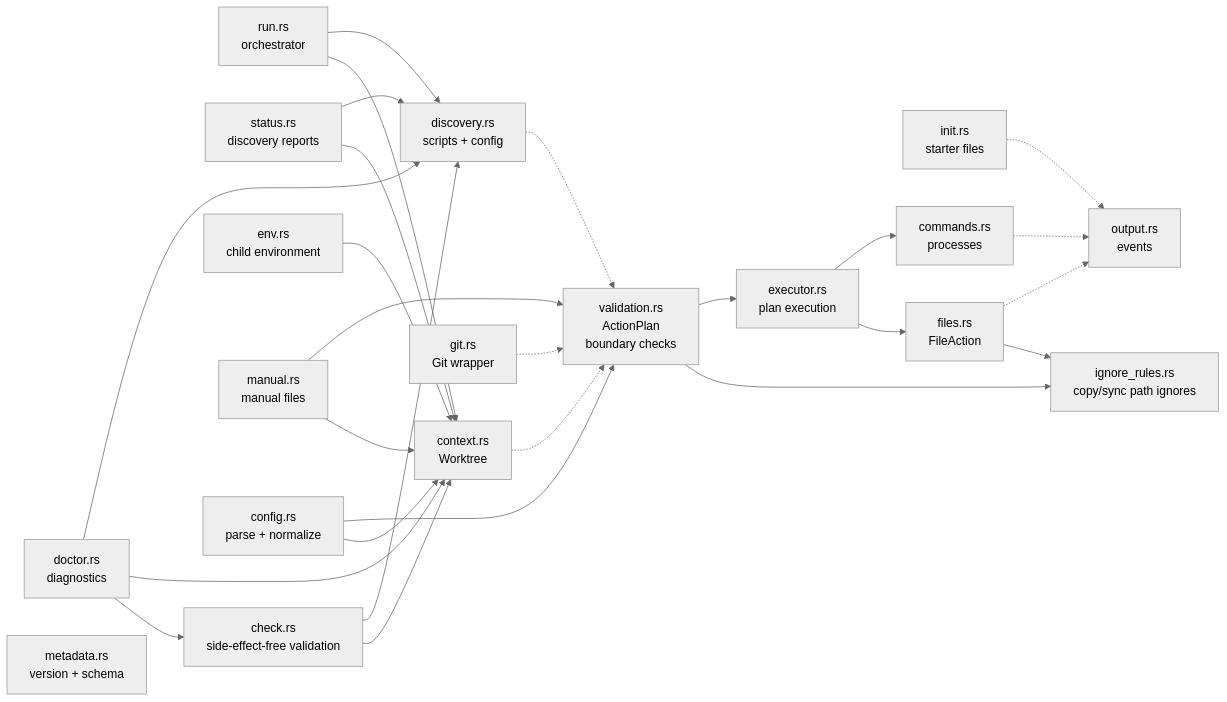
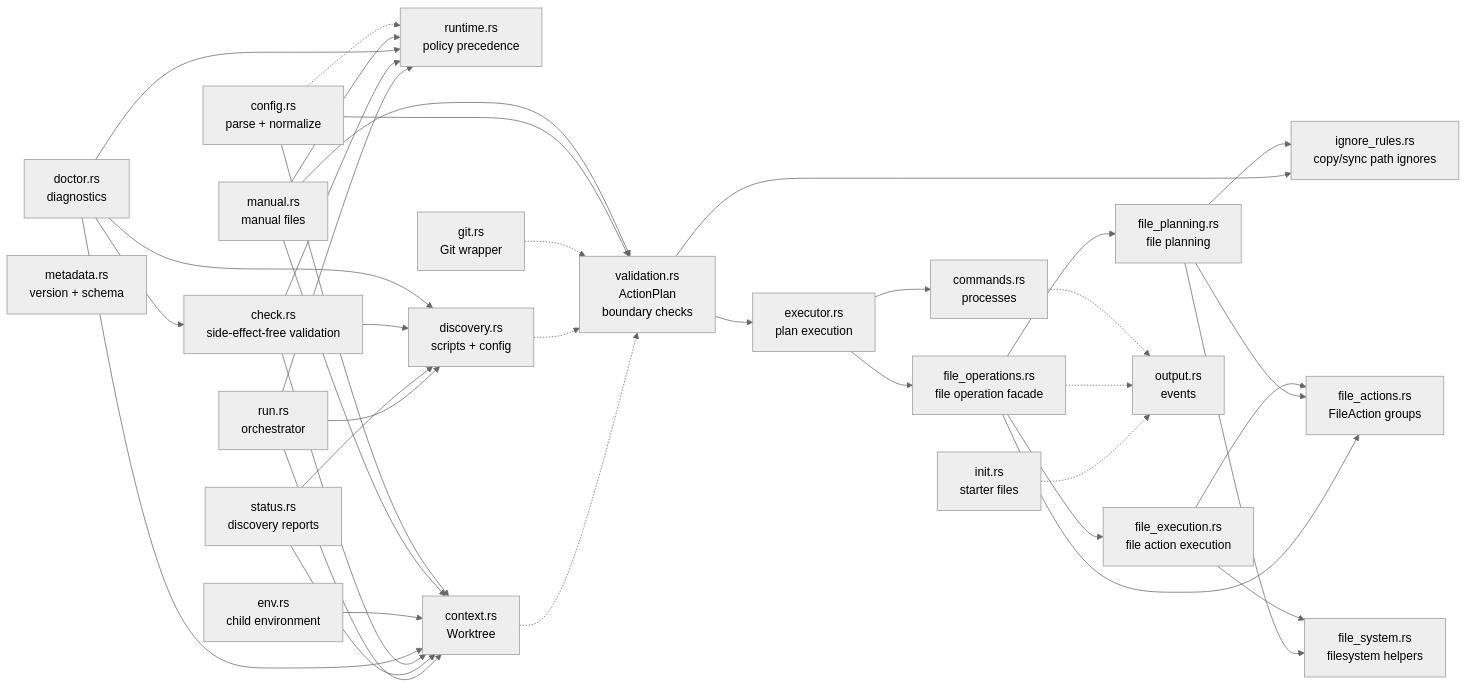
The fifth of 5 diagrams in docs/ARCHITECTURE.md (jimeh/treeboot), drawn with Mermaid (neutral theme) before and after one commit. The commit also changed other lines of this file and 28 other files, not shown here.

````diff
--- a/docs/ARCHITECTURE.md
+++ b/docs/ARCHITECTURE.md
@@ -204,47 +205,64 @@
 ```mermaid
 flowchart LR
   RUN["run.rs<br/>orchestrator"]
   STATUS["status.rs<br/>discovery reports"]
   CHECK["check.rs<br/>side-effect-free validation"]
   DOCTOR["doctor.rs<br/>diagnostics"]
   ENV["env.rs<br/>child environment"]
   MANUAL["manual.rs<br/>manual files"]
   CONFIG["config.rs<br/>parse + normalize"]
+  RUNTIME["runtime.rs<br/>policy precedence"]
   INIT["init.rs<br/>starter files"]
   META["metadata.rs<br/>version + schema"]
   CONTEXT["context.rs<br/>Worktree"]
   DISC["discovery.rs<br/>scripts + config"]
   GIT["git.rs<br/>Git wrapper"]
   IGNORE["ignore_rules.rs<br/>copy/sync path ignores"]
   EXEC["executor.rs<br/>plan execution"]
   VALID["validation.rs<br/>ActionPlan<br/>boundary checks"]
-  FILES["files.rs<br/>FileAction"]
+  FILE_ACTIONS["file_actions.rs<br/>FileAction groups"]
+  FILE_OPS["file_operations.rs<br/>file operation facade"]
+  FILE_PLANNING["file_planning.rs<br/>file planning"]
+  FILE_EXECUTION["file_execution.rs<br/>file action execution"]
+  FILE_SYSTEM["file_system.rs<br/>filesystem helpers"]
   CMDS["commands.rs<br/>processes"]
   OUT["output.rs<br/>events"]
 
   RUN --> CONTEXT
+  RUN --> RUNTIME
   RUN --> DISC
   STATUS --> CONTEXT
   STATUS --> DISC
   CHECK --> CONTEXT
+  CHECK --> RUNTIME
   CHECK --> DISC
-  DOCTOR --> CHECK
+  DOCTOR --> RUNTIME
   DOCTOR --> CONTEXT
   DOCTOR --> DISC
+  DOCTOR --> CHECK
   ENV --> CONTEXT
   MANUAL --> CONTEXT
+  MANUAL --> RUNTIME
   CONFIG --> CONTEXT
+  CONFIG -.-> RUNTIME
   CONTEXT -.-> VALID
   DISC -.-> VALID
   GIT -.-> VALID
   CONFIG --> VALID
   MANUAL --> VALID
   VALID --> IGNORE
-  FILES --> IGNORE
+  FILE_OPS --> FILE_ACTIONS
+  FILE_OPS --> FILE_PLANNING
+  FILE_OPS --> FILE_EXECUTION
+  FILE_PLANNING --> FILE_ACTIONS
+  FILE_PLANNING --> FILE_SYSTEM
+  FILE_PLANNING --> IGNORE
+  FILE_EXECUTION --> FILE_ACTIONS
+  FILE_EXECUTION --> FILE_SYSTEM
   VALID --> EXEC
-  EXEC --> FILES
+  EXEC --> FILE_OPS
   EXEC --> CMDS
   INIT -.-> OUT
-  FILES -.-> OUT
+  FILE_OPS -.-> OUT
   CMDS -.-> OUT
 ```
````
